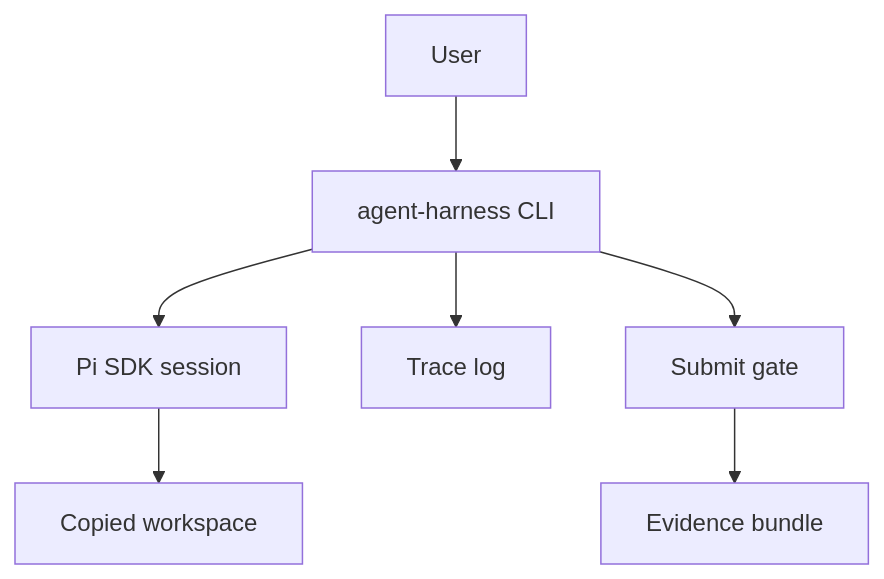
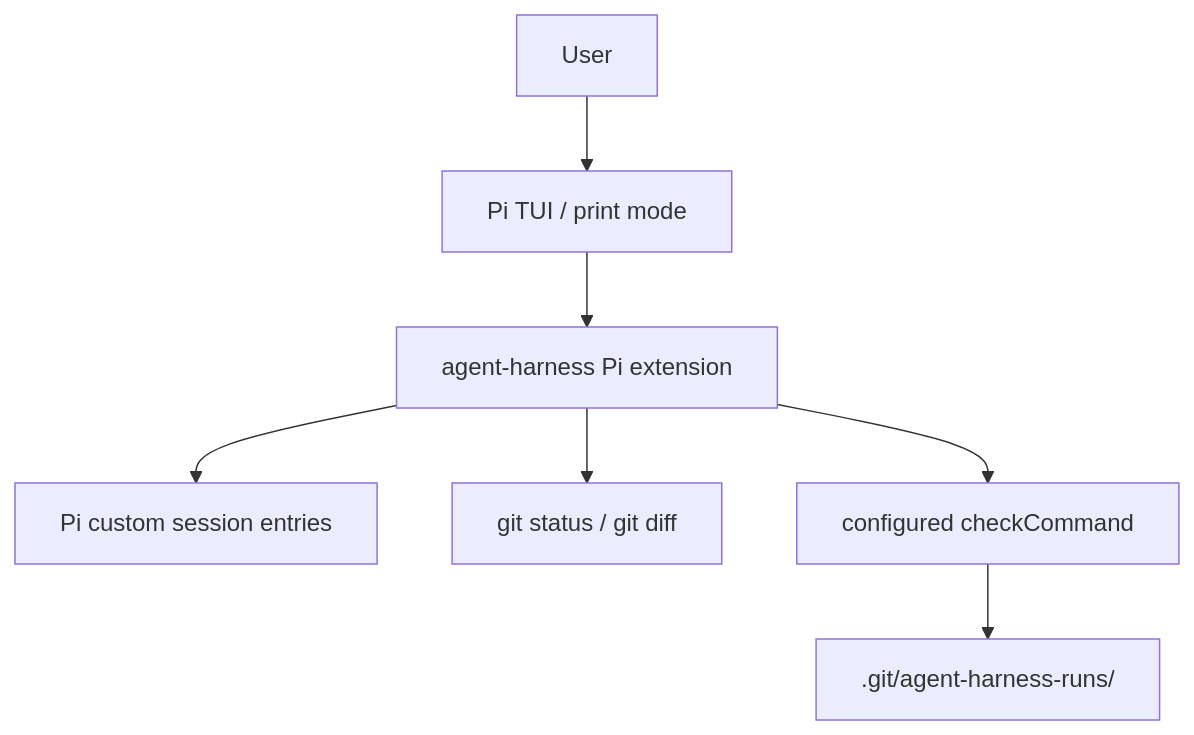
One commit to Kaastor/agent-harness changed the diagram in docs/plan/pi-interactive-harness.md. Above: the diagram before and after it, drawn with Mermaid. The commit also changed other lines of this file and 13 other files, not shown here.

Commit message:
Pivot harness to Pi extension

````diff
--- a/docs/plan/pi-interactive-harness.md
+++ b/docs/plan/pi-interactive-harness.md
@@ -61,9 +50,9 @@
 ```mermaid
 flowchart TD
-    User["User"] --> CLI["agent-harness CLI"]
-    CLI --> Pi["Pi SDK session"]
-    Pi --> Workspace["Copied workspace"]
-    CLI --> Trace["Trace log"]
-    CLI --> Gate["Submit gate"]
-    Gate --> Evidence["Evidence bundle"]
+    User["User"] --> Pi["Pi TUI / print mode"]
+    Pi --> Extension["agent-harness Pi extension"]
+    Extension --> Trace["Pi custom session entries"]
+    Extension --> Git["git status / git diff"]
+    Extension --> Gate["configured checkCommand"]
+    Gate --> Evidence[".git/agent-harness-runs/<run-id>"]
 ```
````
